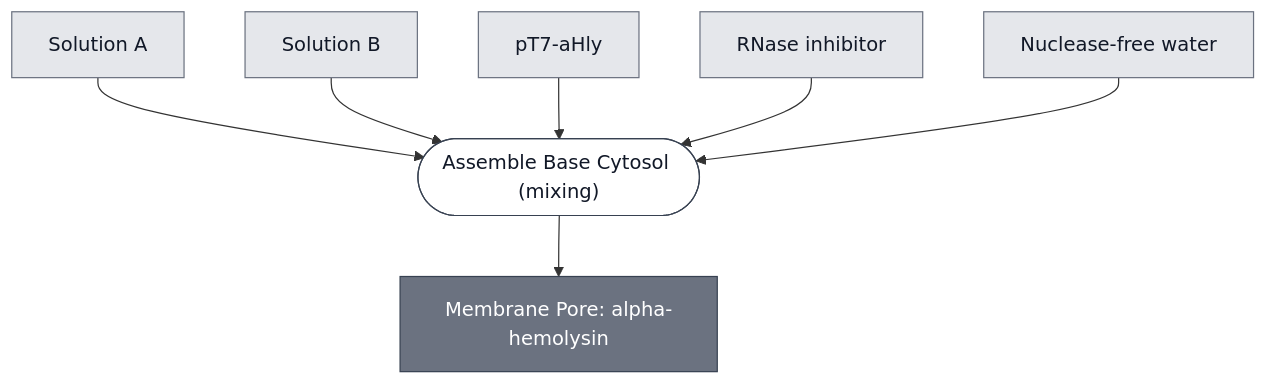
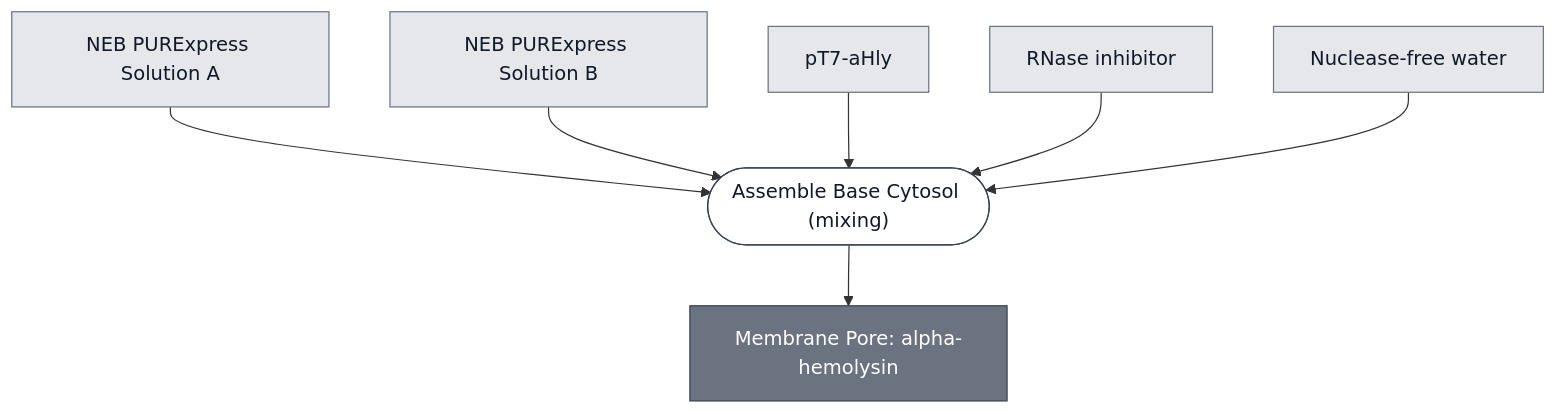
The diagram in docs/modules/membrane-pore-ahly/spec.md (nucleus-eng/nucleus-docs), drawn with Mermaid before and after one commit. The commit also changed 6 other files, not shown here.

````diff
--- a/docs/modules/membrane-pore-ahly/spec.md
+++ b/docs/modules/membrane-pore-ahly/spec.md
@@ -37,29 +37,29 @@
 ```mermaid
 flowchart TD
-    SOLUTION_A["Solution A"]
-    SOLUTION_B["Solution B"]
+    PUREXPRESS_SOLUTION_A["NEB PURExpress Solution A"]
+    PUREXPRESS_SOLUTION_B["NEB PURExpress Solution B"]
     AHLY_DNA["pT7-aHly"]
     RNASE_INHIBITOR["RNase inhibitor"]
     WATER["Nuclease-free water"]
 
     P1_ASSEMBLE_REACTION_0(["Assemble Base Cytosol (mixing)"])
     MEMBRANE_PORE_AHLY["Membrane Pore: alpha-hemolysin"]
 
-    SOLUTION_A --> P1_ASSEMBLE_REACTION_0
-    SOLUTION_B --> P1_ASSEMBLE_REACTION_0
+    PUREXPRESS_SOLUTION_A --> P1_ASSEMBLE_REACTION_0
+    PUREXPRESS_SOLUTION_B --> P1_ASSEMBLE_REACTION_0
     AHLY_DNA --> P1_ASSEMBLE_REACTION_0
     RNASE_INHIBITOR --> P1_ASSEMBLE_REACTION_0
     WATER --> P1_ASSEMBLE_REACTION_0
     P1_ASSEMBLE_REACTION_0 --> MEMBRANE_PORE_AHLY
 
 
     classDef leaf     fill:#e5e7eb,stroke:#6b7280,color:#111827;
     classDef composed fill:#6b7280,stroke:#374151,color:#ffffff;
     classDef process  fill:#ffffff,stroke:#374151,color:#111827;
-    class SOLUTION_A,SOLUTION_B,AHLY_DNA,RNASE_INHIBITOR,WATER leaf;
+    class PUREXPRESS_SOLUTION_A,PUREXPRESS_SOLUTION_B,AHLY_DNA,RNASE_INHIBITOR,WATER leaf;
     class MEMBRANE_PORE_AHLY composed;
     class P1_ASSEMBLE_REACTION_0 process;
 
     click P1_ASSEMBLE_REACTION_0 "/docs/processes/assemble-base-cytosol/main"
     click MEMBRANE_PORE_AHLY "/docs/modules/membrane-pore-ahly/spec"
 ```
````
